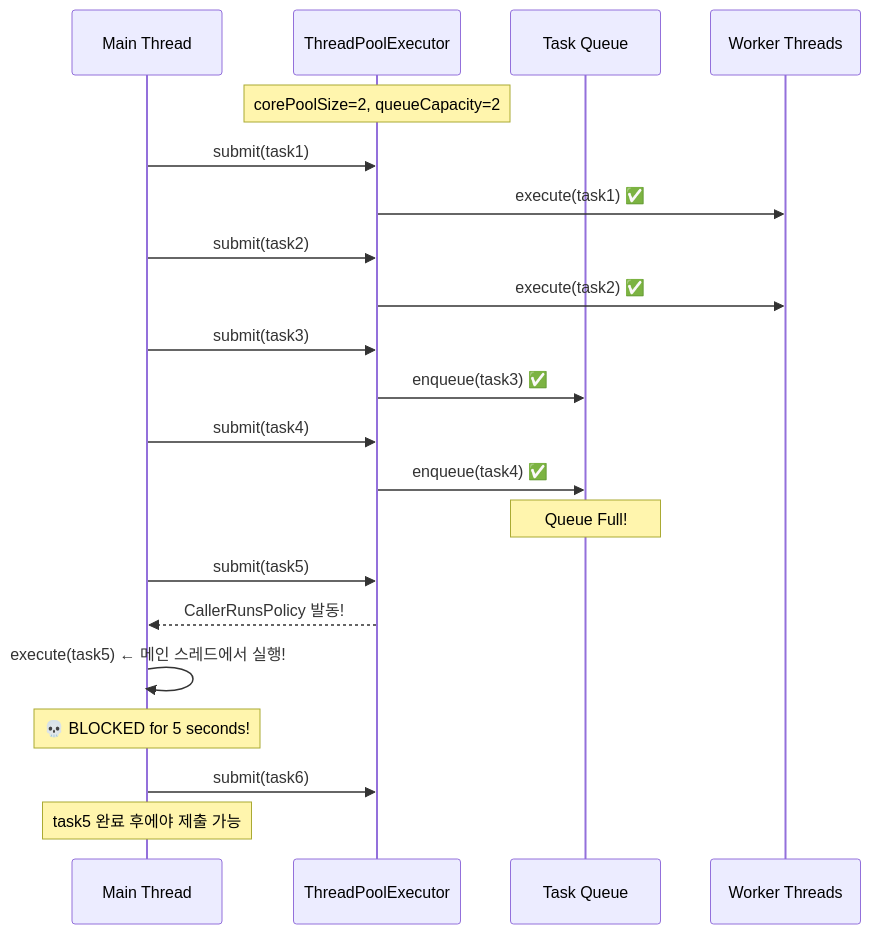
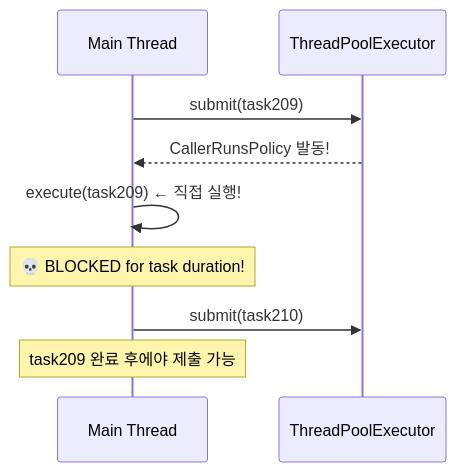
One commit to zbnerd/MapleExpectation changed the second of 2 diagrams in docs/chaos-tests/nightmare/N03-thread-pool-exhaustion.md. Above: the diagram before and after it, drawn with Mermaid. The commit also changed other lines of this file and 32 other files, not shown here.

````diff
--- a/docs/chaos-tests/nightmare/N03-thread-pool-exhaustion.md
+++ b/docs/chaos-tests/nightmare/N03-thread-pool-exhaustion.md
@@ -222,29 +251,14 @@
 ```mermaid
 sequenceDiagram
     participant Main as Main Thread
     participant Pool as ThreadPoolExecutor
-    participant Queue as Task Queue
-    participant Worker as Worker Threads
 
-    Note over Pool: corePoolSize=2, queueCapacity=2
+    Main->>Pool: submit(task209)
+    Pool-->>Main: CallerRunsPolicy 발동!
+    Main->>Main: execute(task209) ← 직접 실행!
 
-    Main->>Pool: submit(task1)
-    Pool->>Worker: execute(task1) ✅
-    Main->>Pool: submit(task2)
-    Pool->>Worker: execute(task2) ✅
-    Main->>Pool: submit(task3)
-    Pool->>Queue: enqueue(task3) ✅
-    Main->>Pool: submit(task4)
-    Pool->>Queue: enqueue(task4) ✅
+    Note over Main: 💀 BLOCKED for task duration!
 
-    Note over Queue: Queue Full!
-
-    Main->>Pool: submit(task5)
-    Pool-->>Main: CallerRunsPolicy 발동!
-    Main->>Main: execute(task5) ← 메인 스레드에서 실행!
-
-    Note over Main: 💀 BLOCKED for 5 seconds!
-
-    Main->>Pool: submit(task6)
-    Note over Main: task5 완료 후에야 제출 가능
+    Main->>Pool: submit(task210)
+    Note over Main: task209 완료 후에야 제출 가능
 ```
````
